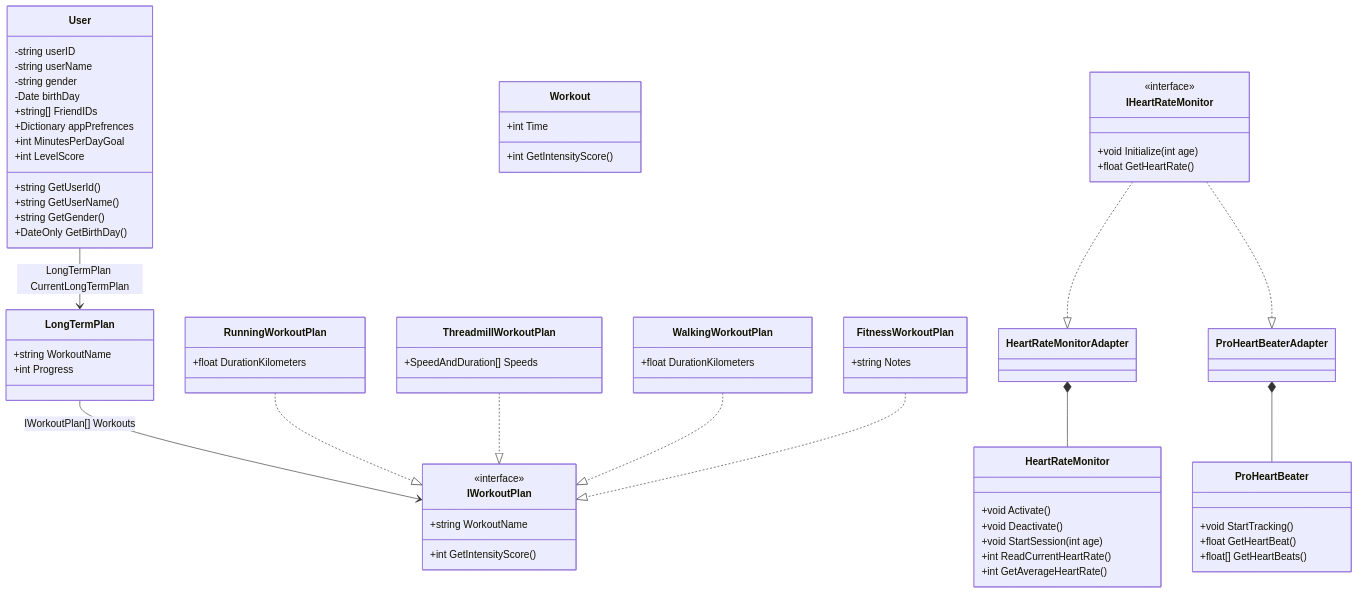
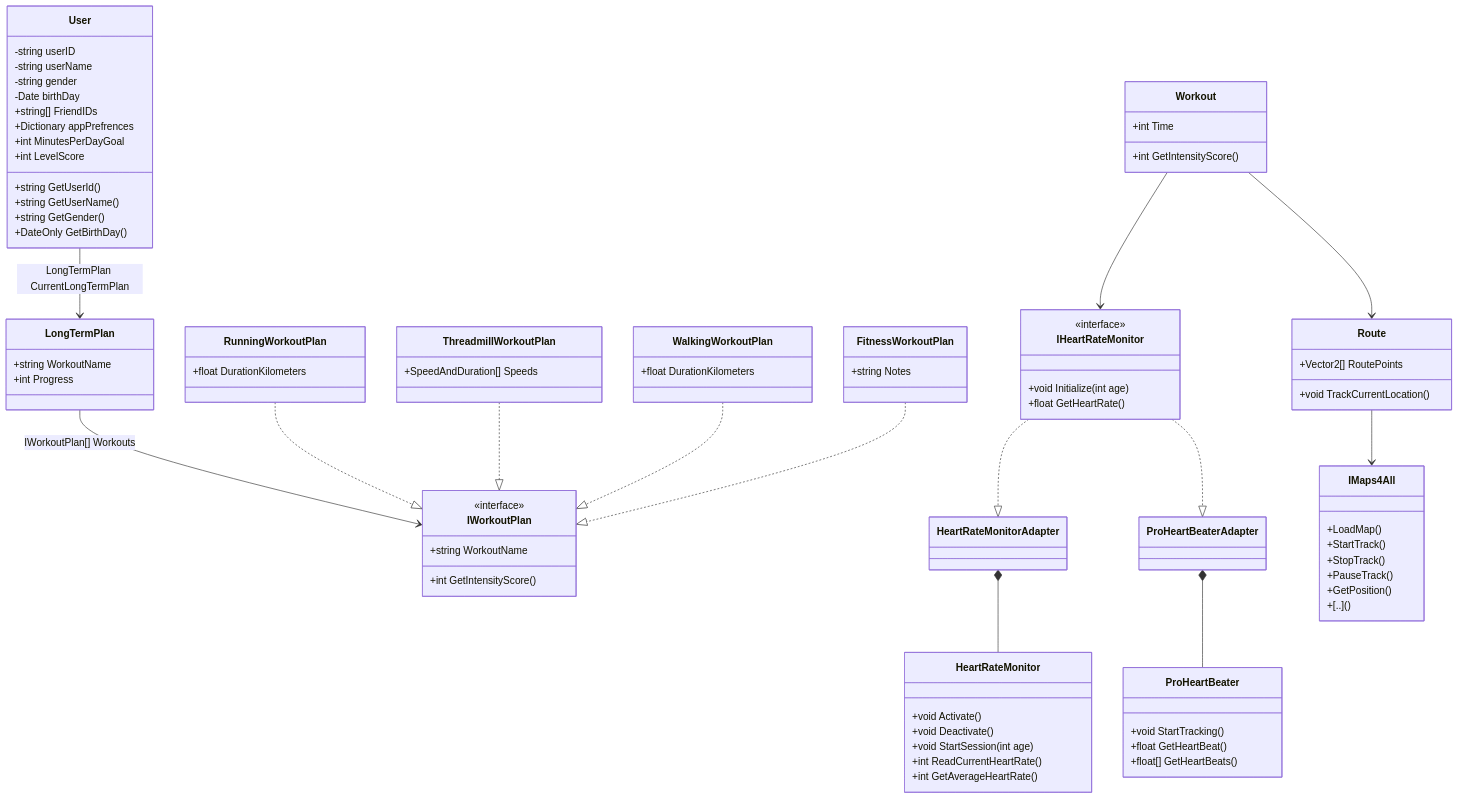
One commit to SteHun/WorkoutappAssignment changed the diagram in classDiagram.md. Above: the diagram before and after it, drawn with Mermaid. The commit also changed other lines of this file, not shown here.

Commit message:
Added route stuff

````diff
--- a/classDiagram.md
+++ b/classDiagram.md
@@ -89,4 +89,21 @@
 IHeartRateMonitor ..|> ProHeartBeaterAdapter
 ProHeartBeaterAdapter *-- ProHeartBeater
 
+class IMaps4All{
+    +LoadMap()
+    +StartTrack()
+    +StopTrack()
+    +PauseTrack()
+    +GetPosition()
+    +[..]()
+}
+
+Workout --> IHeartRateMonitor
+Workout --> Route
+
+class Route{
+    +Vector2[] RoutePoints
+    +void TrackCurrentLocation()
+}
+Route --> IMaps4All
 ```
````
